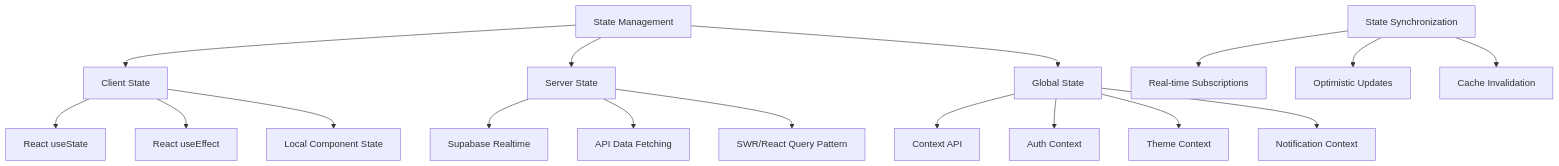
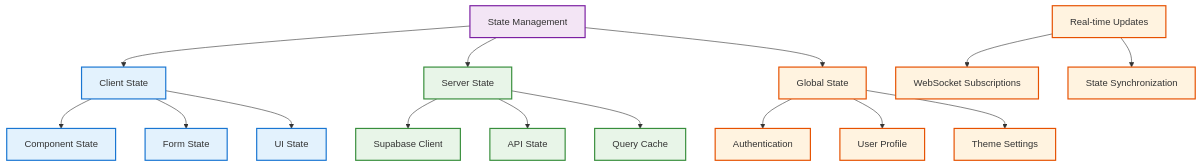
Before and after one commit to Om7035/student-market: diagram 11 of 11 in ARCHITECTURE_DIAGRAMS.md, drawn with Mermaid. The commit also changed other lines of this file, not shown here.

````diff
--- a/ARCHITECTURE_DIAGRAMS.md
+++ b/ARCHITECTURE_DIAGRAMS.md
@@ -654,23 +538,31 @@
 ```mermaid
 graph TB
-    A[State Management] --> B[Client State]
-    A --> C[Server State]
-    A --> D[Global State]
+    State[State Management] --> Client[Client State]
+    State --> Server[Server State]
+    State --> Global[Global State]
     
-    B --> E[React useState]
-    B --> F[React useEffect]
-    B --> G[Local Component State]
+    Client --> Local[Component State]
+    Client --> Forms[Form State]
+    Client --> UI[UI State]
     
-    C --> H[Supabase Realtime]
-    C --> I[API Data Fetching]
-    C --> J[SWR/React Query Pattern]
+    Server --> Supabase[Supabase Client]
+    Server --> API[API State]
+    Server --> Cache[Query Cache]
     
-    D --> K[Context API]
-    D --> L[Auth Context]
-    D --> M[Theme Context]
-    D --> N[Notification Context]
+    Global --> Auth[Authentication]
+    Global --> User[User Profile]
+    Global --> Theme[Theme Settings]
     
-    O[State Synchronization] --> P[Real-time Subscriptions]
-    O --> Q[Optimistic Updates]
-    O --> R[Cache Invalidation]
+    Realtime[Real-time Updates] --> Subscriptions[WebSocket Subscriptions]
+    Realtime --> Sync[State Synchronization]
+    
+    classDef stateBox fill:#f3e5f5,stroke:#7b1fa2,stroke-width:2px
+    classDef clientBox fill:#e3f2fd,stroke:#1976d2,stroke-width:2px
+    classDef serverBox fill:#e8f5e8,stroke:#388e3c,stroke-width:2px
+    classDef realtimeBox fill:#fff3e0,stroke:#e65100,stroke-width:2px
+    
+    class State stateBox
+    class Client,Local,Forms,UI clientBox
+    class Server,Supabase,API,Cache serverBox
+    class Global,Auth,User,Theme,Realtime,Subscriptions,Sync realtimeBox
 ```
````
